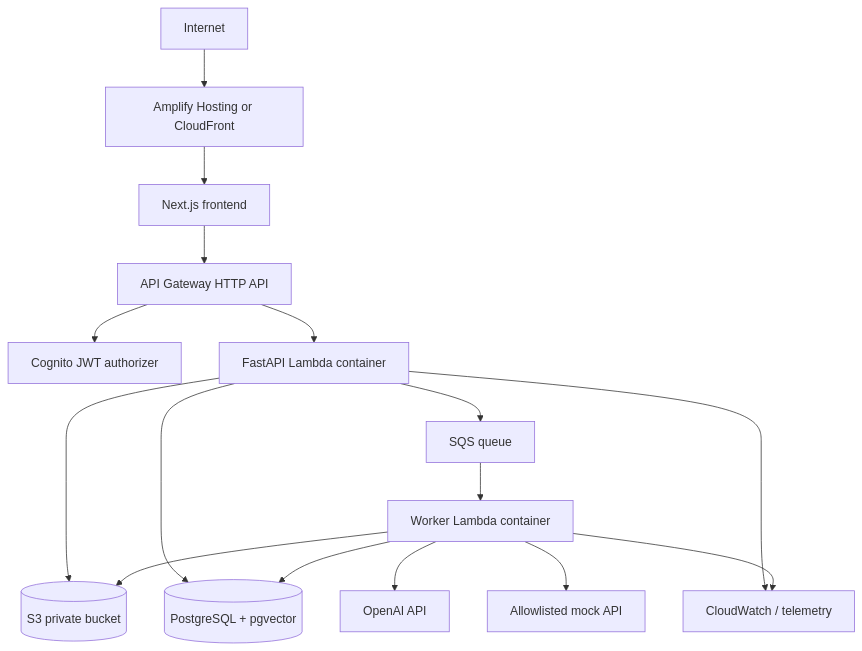
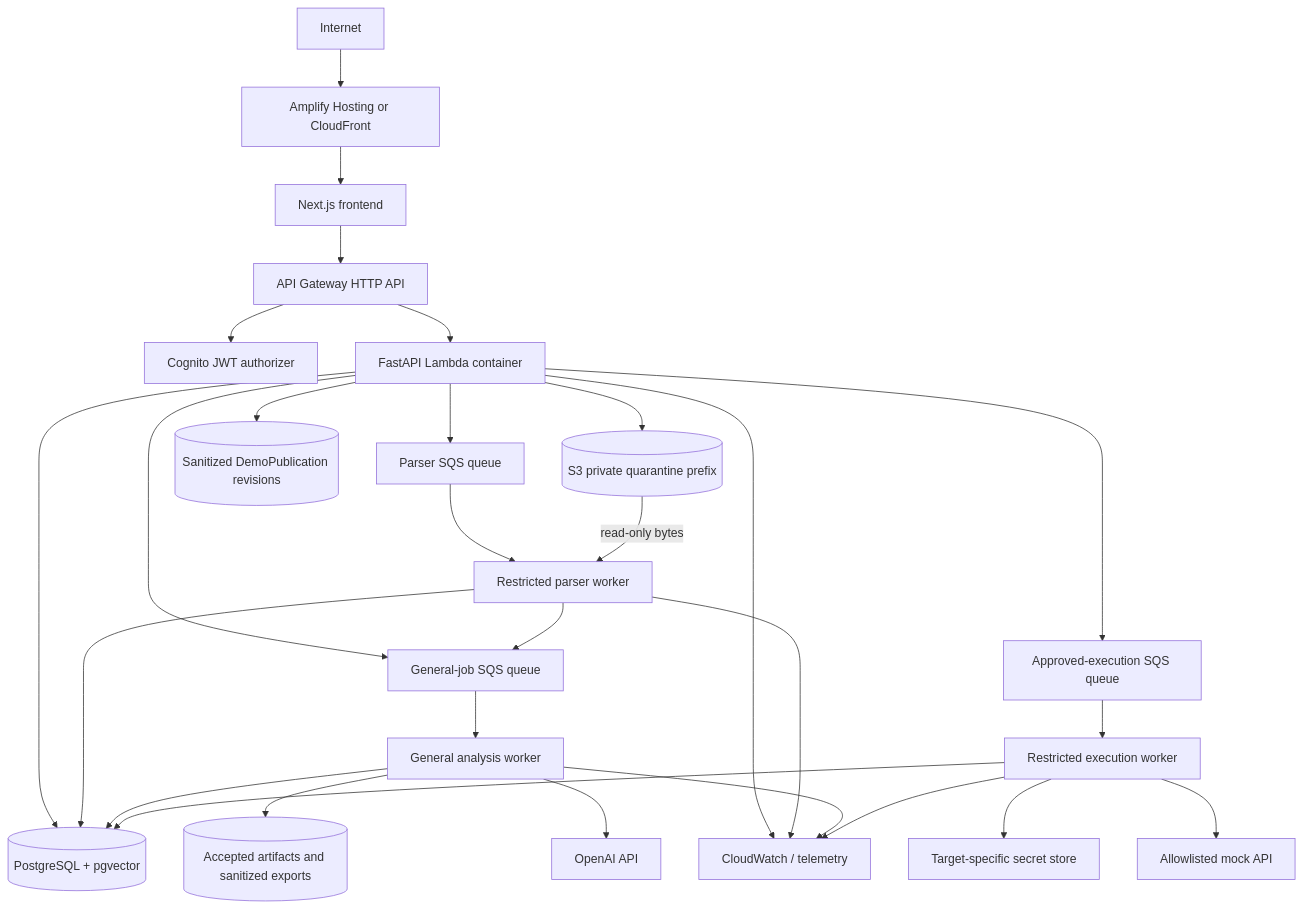
The fifth of 5 diagrams in docs/ARCHITECTURE.md (AdderlyMH/ai-qa-copilot), drawn with Mermaid before and after one commit. The commit also changed other lines of this file and 1 other file, not shown here.

````diff
--- a/docs/ARCHITECTURE.md
+++ b/docs/ARCHITECTURE.md
@@ -498,18 +572,30 @@
 ```mermaid
 flowchart TB
     Internet --> CF[Amplify Hosting or CloudFront]
     CF --> Web[Next.js frontend]
     Web --> APIGW[API Gateway HTTP API]
     APIGW --> Auth[Cognito JWT authorizer]
     APIGW --> LambdaAPI[FastAPI Lambda container]
-    LambdaAPI --> S3[(S3 private bucket)]
-    LambdaAPI --> SQS[SQS queue]
     LambdaAPI --> DB[(PostgreSQL + pgvector)]
-    SQS --> LambdaWorker[Worker Lambda container]
-    LambdaWorker --> DB
-    LambdaWorker --> S3
-    LambdaWorker --> OpenAI[OpenAI API]
-    LambdaWorker --> MockAPI[Allowlisted mock API]
+    LambdaAPI --> Quarantine[(S3 private quarantine prefix)]
+    LambdaAPI --> ParserSQS[Parser SQS queue]
+    LambdaAPI --> GeneralSQS[General-job SQS queue]
+    LambdaAPI --> ExecutionSQS[Approved-execution SQS queue]
+    LambdaAPI --> DemoPublication[(Sanitized DemoPublication revisions)]
+    ParserSQS --> ParserWorker[Restricted parser worker]
+    Quarantine -->|read-only bytes| ParserWorker
+    ParserWorker --> DB
+    ParserWorker --> GeneralSQS
+    GeneralSQS --> GeneralWorker[General analysis worker]
+    GeneralWorker --> DB
+    GeneralWorker --> ActiveObjects[(Accepted artifacts and sanitized exports)]
+    GeneralWorker --> OpenAI[OpenAI API]
+    ExecutionSQS --> ExecutorWorker[Restricted execution worker]
+    ExecutorWorker --> DB
+    ExecutorWorker --> Secrets[Target-specific secret store]
+    ExecutorWorker --> MockAPI[Allowlisted mock API]
     LambdaAPI --> CW[CloudWatch / telemetry]
-    LambdaWorker --> CW
+    ParserWorker --> CW
+    GeneralWorker --> CW
+    ExecutorWorker --> CW
 ```
````
